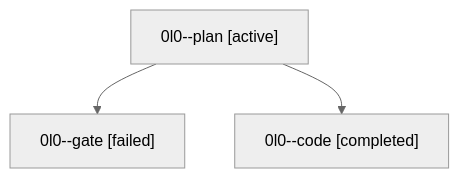
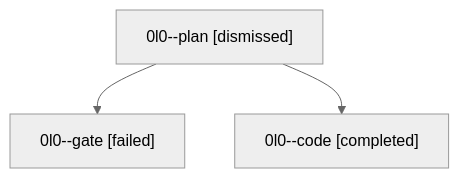
Before and after one commit to sase-org/sase--agents: the diagram in sessions/bbugyi200.athena.0l0.md, drawn with Mermaid (neutral theme). The commit also changed other lines of this file and 31 other files, not shown here.

````diff
--- a/sessions/bbugyi200.athena.0l0.md
+++ b/sessions/bbugyi200.athena.0l0.md
@@ -9,8 +9,8 @@
 ```mermaid
 flowchart TD
-  n0["0l0--plan [active]"]
+  n0["0l0--plan [dismissed]"]
   n1["0l0--gate [failed]"]
   n0 --> n1
   n2["0l0--code [completed]"]
   n0 --> n2
 ```
````
